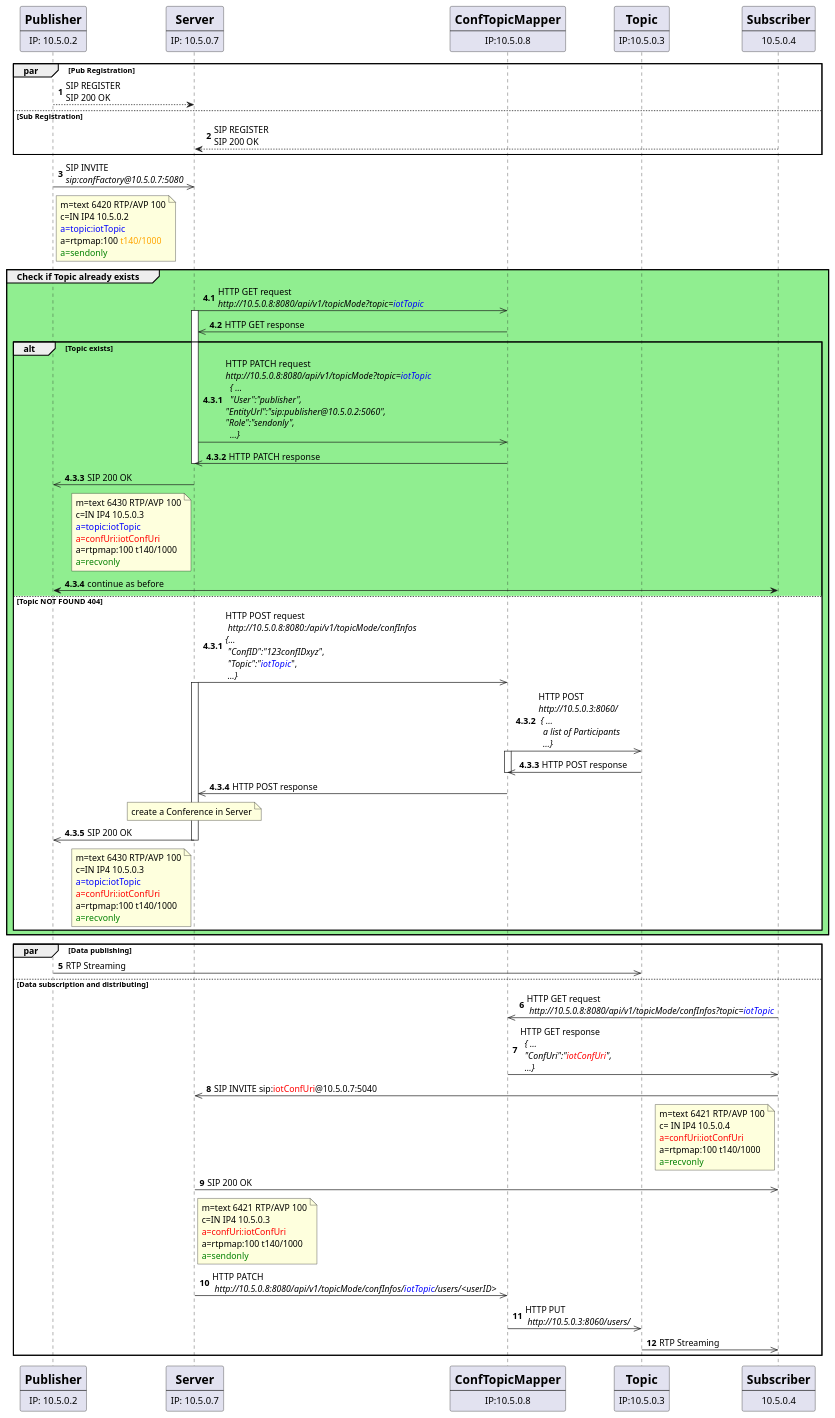
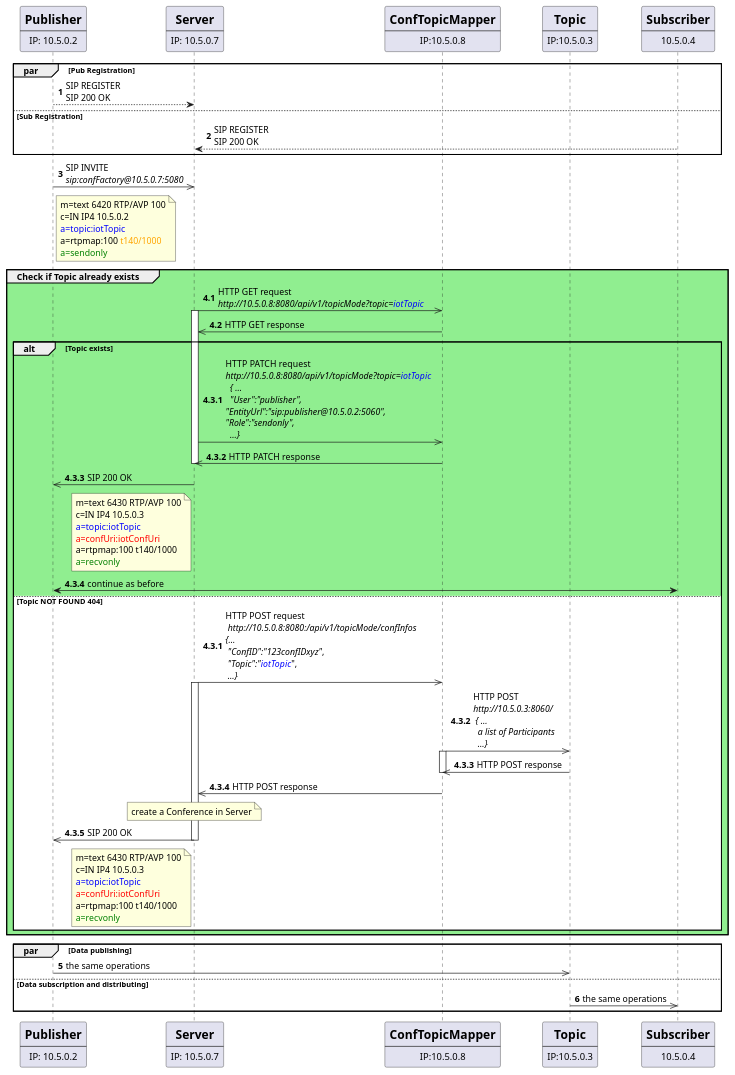
Before and after one commit to chumvan/rtppubsub: the diagram in pubsub/sequences/publishWithRESTcheck.puml, drawn with PlantUML. The commit also changed 2 other files, not shown here.

Commit message:
add unsubscribe sequence

```diff
--- a/pubsub/sequences/publishWithRESTcheck.puml
+++ b/pubsub/sequences/publishWithRESTcheck.puml
@@ -1,89 +1,79 @@
 @startuml publishing
     autonumber
     participant Pub [
         = Publisher
         ----
         IP: 10.5.0.2
     ]
     participant Server [
         = Server
         ----
         IP: 10.5.0.7
     ]
     participant ConfTopicMapper [
         = ConfTopicMapper
         ----
         IP:10.5.0.8
     ]
     participant Topic [
         = Topic
         ----
         IP:10.5.0.3
     ]
     participant Sub [
         = Subscriber
         ----
         10.5.0.4
     ]
 
     par Pub Registration
         Pub --> Server:  SIP REGISTER\nSIP 200 OK
     else Sub Registration 
         Sub --> Server: SIP REGISTER\nSIP 200 OK
     end
 
     Pub ->> Server: SIP INVITE\n<i>sip:confFactory@10.5.0.7:5080</i>
     note right of Pub: m=text 6420 RTP/AVP 100\nc=IN IP4 10.5.0.2\n<color:blue>a=topic:iotTopic</color>\na=rtpmap:100 <color:orange>t140/1000</color>\n<color:green>a=sendonly</color>
 
     group #LightGreen Check if Topic already exists 
         autonumber 4.1
         Server ->> ConfTopicMapper: HTTP GET request\n<i>http://10.5.0.8:8080/api/v1/topicMode?topic=<color:blue>iotTopic</color></i>
         activate Server
         ConfTopicMapper ->> Server: HTTP GET response
 
 
         alt Topic exists
             autonumber 4.3.1
             Server ->> ConfTopicMapper: HTTP PATCH request\n<i>http://10.5.0.8:8080/api/v1/topicMode?topic=<color:blue>iotTopic</color></i>\n <i> { ... </i>\n  <i>"User":"publisher",</i>\n<i>"EntityUrl":"sip:publisher@10.5.0.2:5060",</i>\n<i>"Role":"sendonly",</i>\n  <i>...}</i>
             ConfTopicMapper ->> Server: HTTP PATCH response
         deactivate Server
             Server ->> Pub: SIP 200 OK
             note left of Server: m=text 6430 RTP/AVP 100\nc=IN IP4 10.5.0.3\n<color:blue>a=topic:iotTopic</color>\n<color:red>a=confUri:iotConfUri</color>\na=rtpmap:100 t140/1000\n<color:green>a=recvonly</color>
             
             
             Pub <-> Sub: continue as before
             
         else #White Topic NOT FOUND 404
                 autonumber 4.3.1
                     Server ->> ConfTopicMapper: HTTP POST request\n <i>http://10.5.0.8:8080:/api/v1/topicMode/confInfos</i>\n<i>{...</i>\n <i>"ConfID":"123confIDxyz"</i>,\n <i>"Topic":"<color:blue>iotTopic</color></i>",\n <i>...}</i>
                     activate Server
                     ConfTopicMapper ->> Topic: HTTP POST\n<i>http://10.5.0.3:8060/</i>\n<i> { ... </i>\n  <i>a list of Participants</i>\n  <i>...}</i>
                     activate ConfTopicMapper
                     Topic ->> ConfTopicMapper: HTTP POST response
                     deactivate ConfTopicMapper
                     ConfTopicMapper ->> Server: HTTP POST response
                     note over Server: create a Conference in Server
                     Server ->> Pub: SIP 200 OK
                     note left of Server: m=text 6430 RTP/AVP 100\nc=IN IP4 10.5.0.3\n<color:blue>a=topic:iotTopic</color>\n<color:red>a=confUri:iotConfUri</color>\na=rtpmap:100 t140/1000\n<color:green>a=recvonly</color>
                     deactivate Server
         end 
     end
     autonumber 5
     par Data publishing
-        Pub ->> Topic: RTP Streaming
-    else Data subscription and distributing 
-        Sub ->> ConfTopicMapper: HTTP GET request\n <i>http://10.5.0.8:8080/api/v1/topicMode/confInfos?topic=<color:blue>iotTopic</color></i>
-        ConfTopicMapper ->> Sub: HTTP GET response\n <i> { ... </i>\n  <i>"ConfUri":"<color:red>iotConfUri</color>",</i>\n  <i>...}</i>
-        Sub ->> Server: SIP INVITE sip:<color:red>iotConfUri</color>@10.5.0.7:5040
-        note left of Sub: m=text 6421 RTP/AVP 100\nc= IN IP4 10.5.0.4\n<color:red>a=confUri:iotConfUri</color>\na=rtpmap:100 t140/1000\n<color:green>a=recvonly</color>
-        Server ->> Sub: SIP 200 OK
-        note right of Server: m=text 6421 RTP/AVP 100\nc=IN IP4 10.5.0.3\n<color:red>a=confUri:iotConfUri</color>\na=rtpmap:100 t140/1000\n<color:green>a=sendonly</color>
-
-        Server ->> ConfTopicMapper: HTTP PATCH\n <i>http://10.5.0.8:8080/api/v1/topicMode/confInfos/<color:blue>iotTopic</color>/users/<userID></i>
-        ConfTopicMapper ->> Topic: HTTP PUT\n <i>http://10.5.0.3:8060/users/</i>
-        Topic ->> Sub: RTP Streaming
+        Pub ->> Topic: the same operations
+    else Data subscription and distributing
+        Topic ->> Sub: the same operations
     end
 
 
-
 @enduml
```
